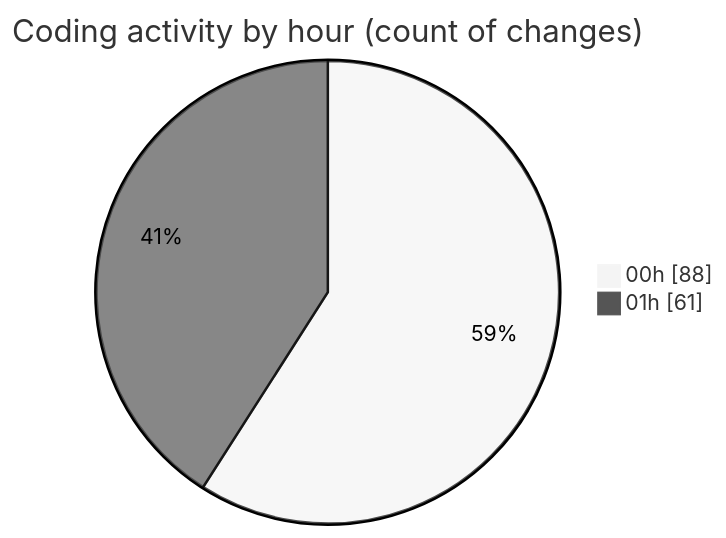
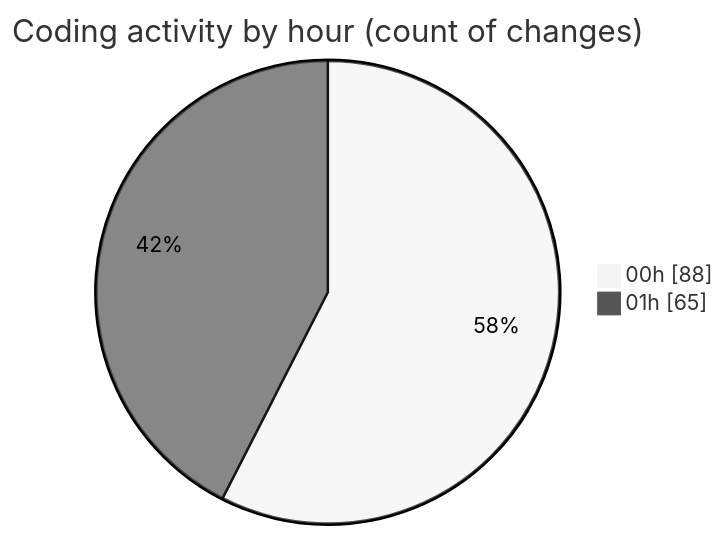
One commit to lephambinh05/code-tracking changed the second of 2 diagrams in 2025-08-16/rentotp/README.md. Above: the diagram before and after it, drawn with Mermaid (neutral theme). The commit also changed other lines of this file and 1 other file, not shown here.

````diff
--- a/2025-08-16/rentotp/README.md
+++ b/2025-08-16/rentotp/README.md
@@ -48,6 +48,6 @@
 ```mermaid
 pie showData
 title Coding activity by hour (count of changes)
 "00h" : 88
-"01h" : 61
+"01h" : 65
 ```
````
